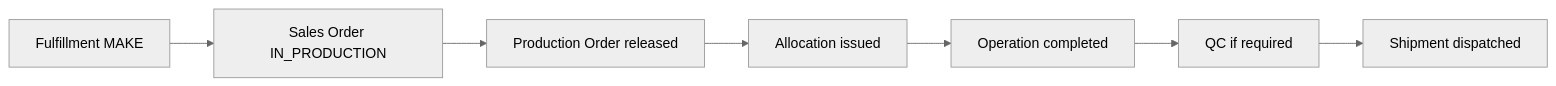
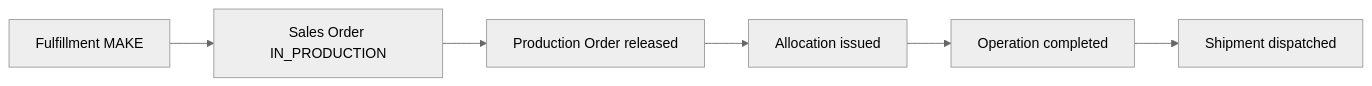
The third of 3 diagrams in docs/03-state-machines-invariants/CROSS_MACHINE_SEQUENCES.md (sohrab-phd/ERP), drawn with Mermaid (neutral theme) before and after one commit. The commit also changed other lines of this file and 40 other files, not shown here.

````diff
--- a/docs/03-state-machines-invariants/CROSS_MACHINE_SEQUENCES.md
+++ b/docs/03-state-machines-invariants/CROSS_MACHINE_SEQUENCES.md
@@ -129,9 +137,8 @@
 ```mermaid
 flowchart LR
   FA[Fulfillment MAKE] --> SO[Sales Order IN_PRODUCTION]
   SO --> PR[Production Order released]
   PR --> AL[Allocation issued]
   AL --> OP[Operation completed]
-  OP --> QC[QC if required]
-  QC --> SHP[Shipment dispatched]
+  OP --> SHP[Shipment dispatched]
 ```
````
